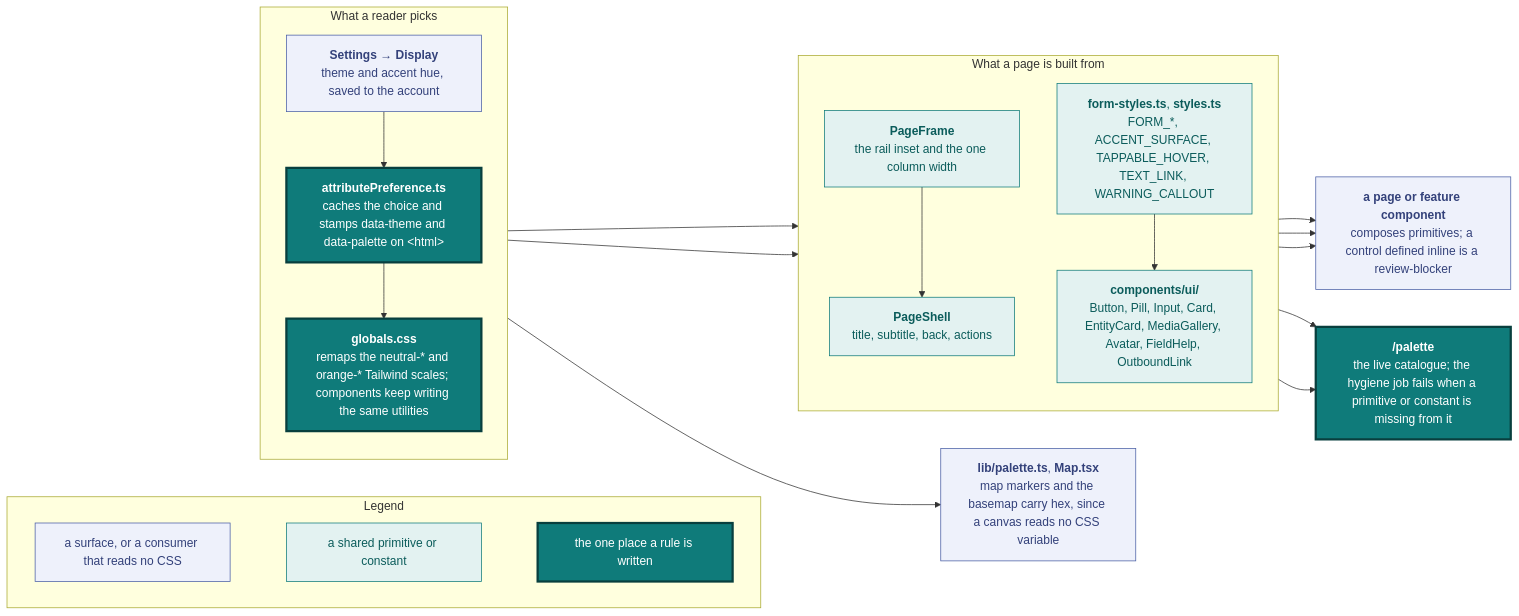
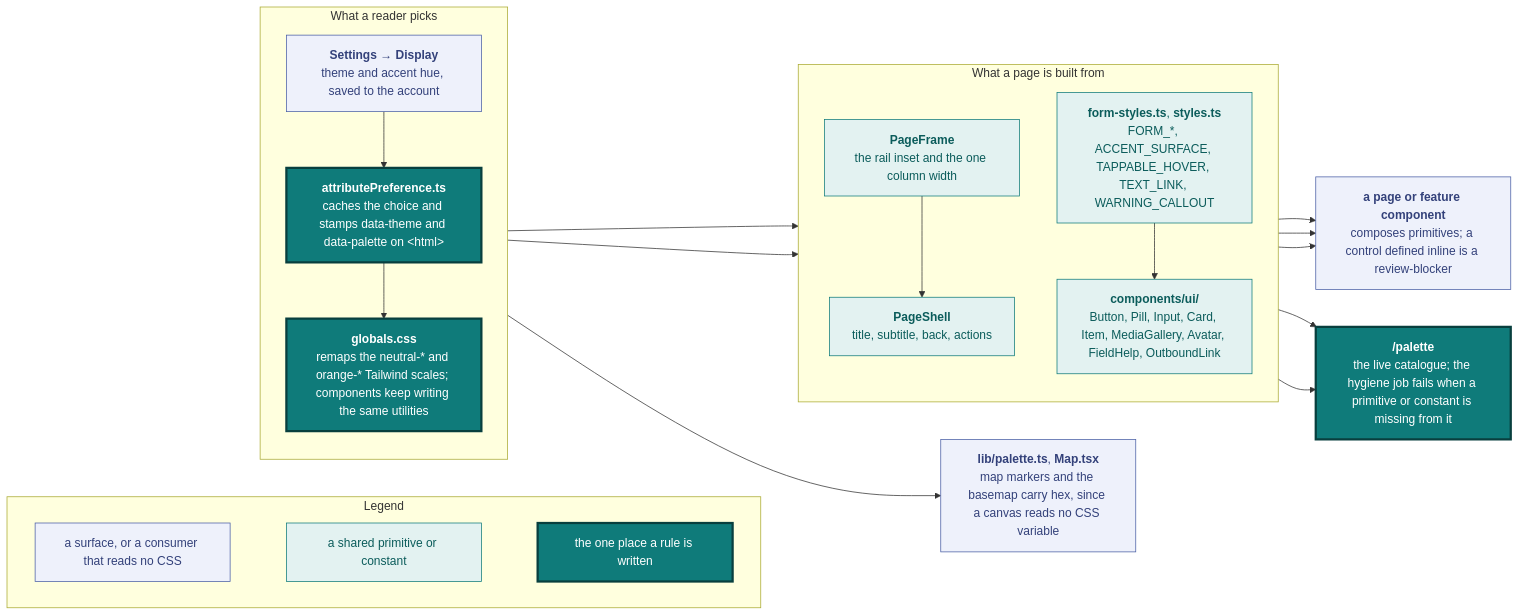
One commit to vidithq/vidit changed the first of 23 diagrams in docs/design.md. Above: the diagram before and after it, drawn with Mermaid. The commit also changed other lines of this file and 145 other files, not shown here.

````diff
--- a/docs/design.md
+++ b/docs/design.md
@@ -5,56 +5,56 @@
 ```mermaid
 flowchart LR
   classDef spec fill:#eef1fb,stroke:#4a5fa5,color:#33417a
   classDef shared fill:#e3f2f1,stroke:#0f7b7a,color:#0b5c5b
   classDef core fill:#0f7b7a,stroke:#083f3e,stroke-width:3px,color:#ffffff
 
   subgraph legend [Legend]
     direction LR
     l1["`a surface, or a consumer that reads no CSS`"]:::spec
     l2["`a shared primitive or constant`"]:::shared
     l3["`the one place a rule is written`"]:::core
     l1 ~~~ l2 ~~~ l3
   end
 
   subgraph pref [What a reader picks]
     direction TB
     settings["`**Settings → Display**
     theme and accent hue, saved to the account`"]:::spec
     attr["`**attributePreference.ts**
     caches the choice and stamps data-theme and data-palette on &lt;html&gt;`"]:::core
     globals["`**globals.css**
     remaps the neutral-* and orange-* Tailwind scales; components keep writing the same utilities`"]:::core
     settings --> attr --> globals
   end
 
   canvas["`**lib/palette.ts**, **Map.tsx**
   map markers and the basemap carry hex, since a canvas reads no CSS variable`"]:::spec
 
   subgraph build [What a page is built from]
     direction TB
     frame["`**PageFrame**
     the rail inset and the one column width`"]:::shared
     shell["`**PageShell**
     title, subtitle, back, actions`"]:::shared
     prims["`**components/ui/**
-    Button, Pill, Input, Card, EntityCard, MediaGallery, Avatar, FieldHelp, OutboundLink`"]:::shared
+    Button, Pill, Input, Card, Item, MediaGallery, Avatar, FieldHelp, OutboundLink`"]:::shared
     consts["`**form-styles.ts**, **styles.ts**
     FORM_*, ACCENT_SURFACE, TAPPABLE_HOVER, TEXT_LINK, WARNING_CALLOUT`"]:::shared
     frame --> shell
     consts --> prims
   end
 
   page["`**a page or feature component**
   composes primitives; a control defined inline is a review-blocker`"]:::spec
   catalogue["`**/palette**
   the live catalogue; the hygiene job fails when a primitive or constant is missing from it`"]:::core
 
   globals --> prims
   globals --> consts
   attr --> canvas
   shell --> page
   prims --> page
   consts --> page
   prims --> catalogue
   consts --> catalogue
 ```
````
